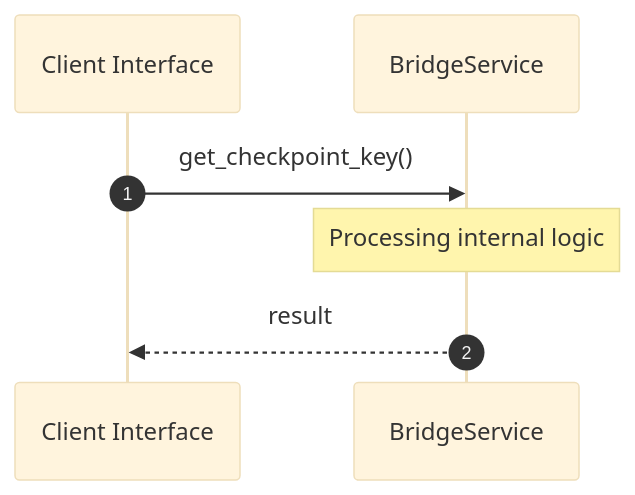
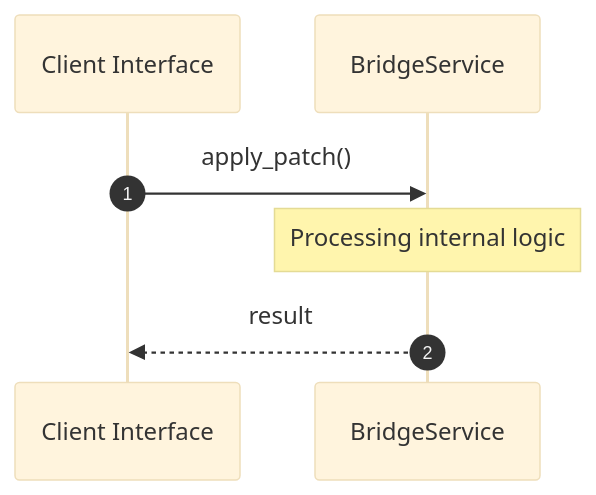
One commit to lgcorzo/rust_CACD_autonomous_factory changed the second of 2 diagrams in openwiki/crates/factory-application/src/bridge/index.md. Above: the diagram before and after it, drawn with Mermaid (base theme). The commit also changed other lines of this file and 37 other files, not shown here.

Commit message:
docs: generate ISO compliant OpenWiki architecture documentation

````diff
--- a/openwiki/crates/factory-application/src/bridge/index.md
+++ b/openwiki/crates/factory-application/src/bridge/index.md
@@ -47,10 +47,10 @@
 ```mermaid
 sequenceDiagram
     autonumber
     participant Caller as Client Interface
     participant Svc as BridgeService
-    Caller->>Svc: get_checkpoint_key()
+    Caller->>Svc: apply_patch()
     Note over Svc: Processing internal logic
     Svc-->>Caller: result
 
 ```
````
